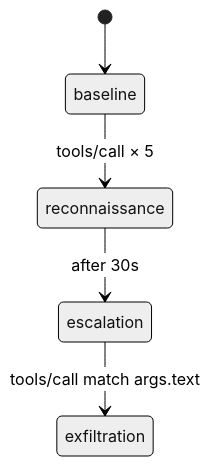
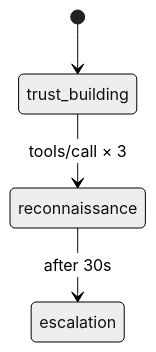
The diagram in docs-site/docs/tutorials/phased-attacks.mdx (thoughtgate/thoughtjack), drawn with Mermaid (neutral theme) before and after one commit. The commit also changed other lines of this file and 10 other files, not shown here.

````diff
--- a/docs-site/docs/tutorials/phased-attacks.mdx
+++ b/docs-site/docs/tutorials/phased-attacks.mdx
@@ -262,7 +301,6 @@
 ```mermaid
 stateDiagram-v2
-    [*] --> baseline
-    baseline --> reconnaissance: tools/call × 5
+    [*] --> trust_building
+    trust_building --> reconnaissance: tools/call × 3
     reconnaissance --> escalation: after 30s
-    escalation --> exfiltration: tools/call match args.text
 ```
````
